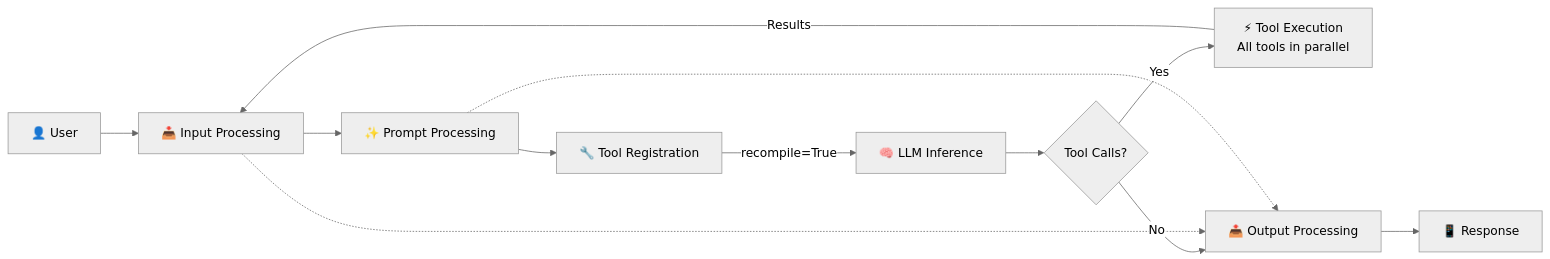
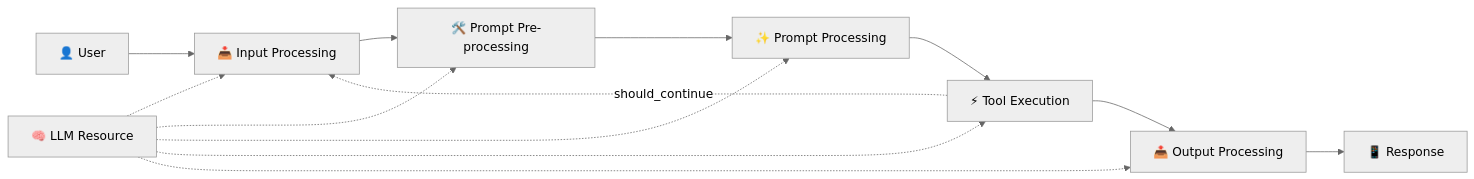
The third of 4 diagrams in README.md (Ladvien/entity), drawn with Mermaid (neutral theme) before and after one commit. The commit also changed other lines of this file, not shown here.

Commit message:
Still working on architecture.

````diff
--- a/README.md
+++ b/README.md
@@ -1036,17 +1325,20 @@
 ```mermaid
 flowchart LR
-    %% Updated Request Flow with Tool Execution
+    %% Updated Linear Pipeline Flow
     User[👤 User] --> Input[📥 Input Processing]
-    Input --> Prompts[✨ Prompt Processing]
-    Prompts --> ToolReg[🔧 Tool Registration]
-    ToolReg --> |recompile=True| LLM[🧠 LLM Inference]
-    LLM --> ToolCalls{Tool Calls?}
-    ToolCalls --> |Yes| ToolExec[⚡ Tool Execution<br/>All tools in parallel]
-    ToolCalls --> |No| Output[📤 Output Processing]
-    ToolExec --> |Results| Input
+    Input --> PrePrompt[🛠️ Prompt Pre-processing]
+    PrePrompt --> Prompt[✨ Prompt Processing]
+    Prompt --> ToolExec[⚡ Tool Execution]
+    ToolExec --> Output[📤 Output Processing]
     Output --> Response[📱 Response]
     
-    %% Short circuits
-    Input -.-> Output
-    Prompts -.-> Output
+    %% LLM Resource available to all stages
+    LLM[🧠 LLM Resource] -.-> Input
+    LLM -.-> PrePrompt
+    LLM -.-> Prompt
+    LLM -.-> ToolExec
+    LLM -.-> Output
+    
+    %% Optional continuation for complex patterns
+    ToolExec -.-> |should_continue| Input
 ```
````
